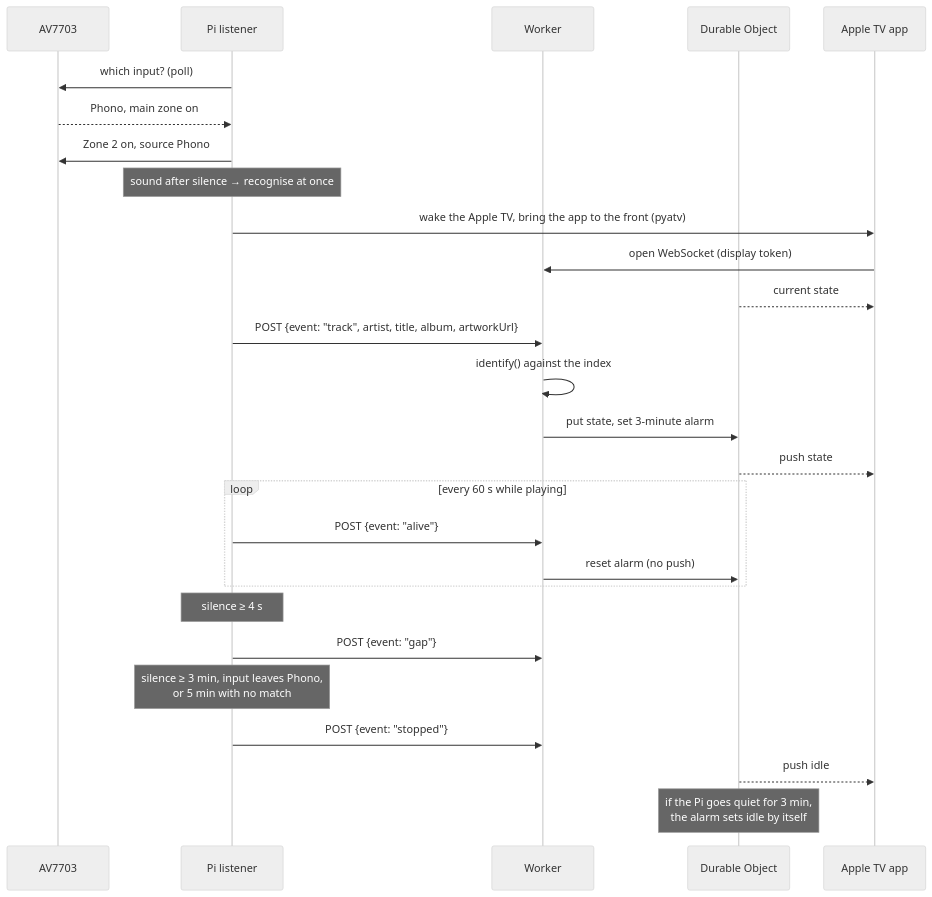
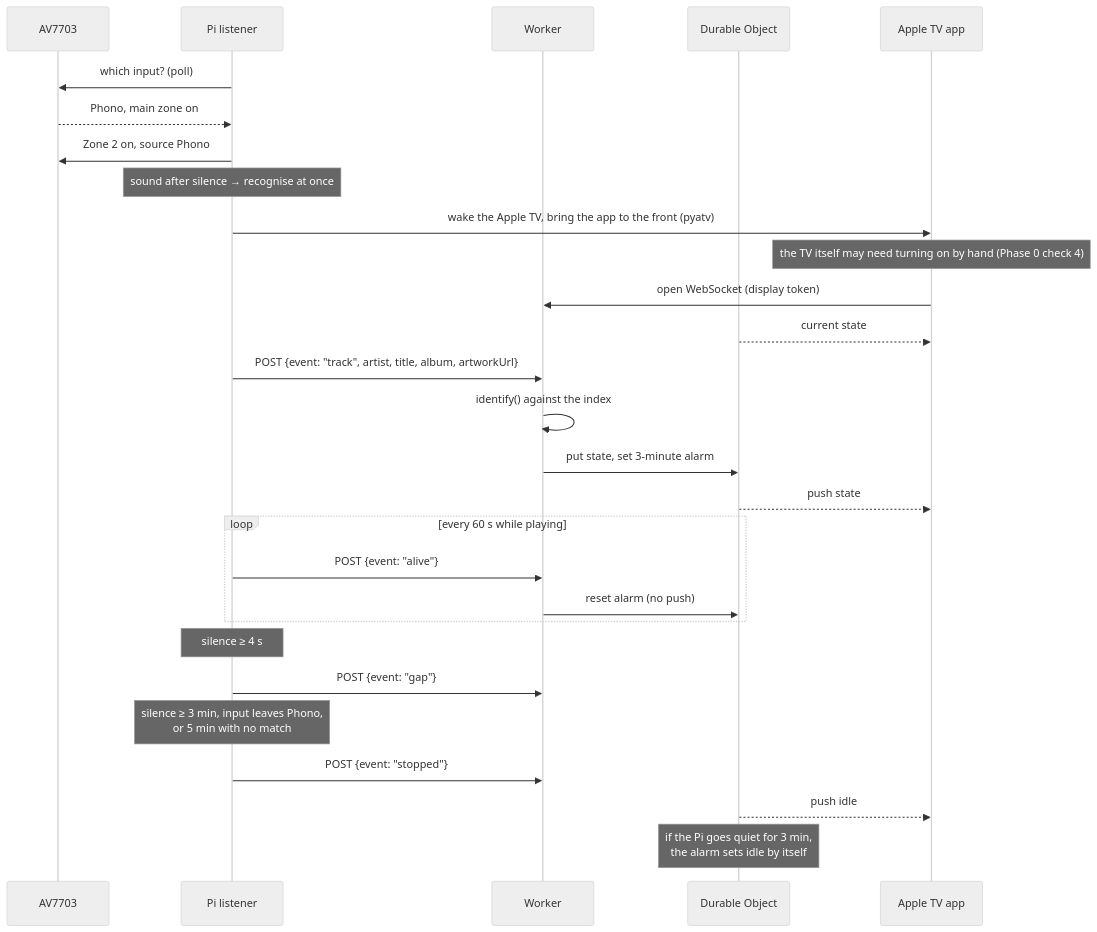
Before and after one commit to mmorper/concerts: the second of 2 diagrams in docs/specs/future/global-now-spinning/global-now-spinning-spec.md, drawn with Mermaid (neutral theme). The commit also changed other lines of this file and 1 other file, not shown here.

First line of the commit message:
docs: Now Spinning — working Zone 2 levels, Apple TV-first rule, Phase 0 checks 4/6/6b (#719)

````diff
--- a/docs/specs/future/global-now-spinning/global-now-spinning-spec.md
+++ b/docs/specs/future/global-now-spinning/global-now-spinning-spec.md
@@ -142,29 +153,30 @@
 ```mermaid
 sequenceDiagram
   participant AVR as AV7703
   participant Pi as Pi listener
   participant W as Worker
   participant DO as Durable Object
   participant TV as Apple TV app
   Pi->>AVR: which input? (poll)
   AVR-->>Pi: Phono, main zone on
   Pi->>AVR: Zone 2 on, source Phono
   Note over Pi: sound after silence → recognise at once
   Pi->>TV: wake the Apple TV, bring the app to the front (pyatv)
+  Note over TV: the TV itself may need turning on by hand (Phase 0 check 4)
   TV->>W: open WebSocket (display token)
   DO-->>TV: current state
   Pi->>W: POST {event: "track", artist, title, album, artworkUrl}
   W->>W: identify() against the index
   W->>DO: put state, set 3-minute alarm
   DO-->>TV: push state
   loop every 60 s while playing
     Pi->>W: POST {event: "alive"}
     W->>DO: reset alarm (no push)
   end
   Note over Pi: silence ≥ 4 s
   Pi->>W: POST {event: "gap"}
   Note over Pi: silence ≥ 3 min, input leaves Phono,<br/>or 5 min with no match
   Pi->>W: POST {event: "stopped"}
   DO-->>TV: push idle
   Note over DO: if the Pi goes quiet for 3 min,<br/>the alarm sets idle by itself
 ```
````
